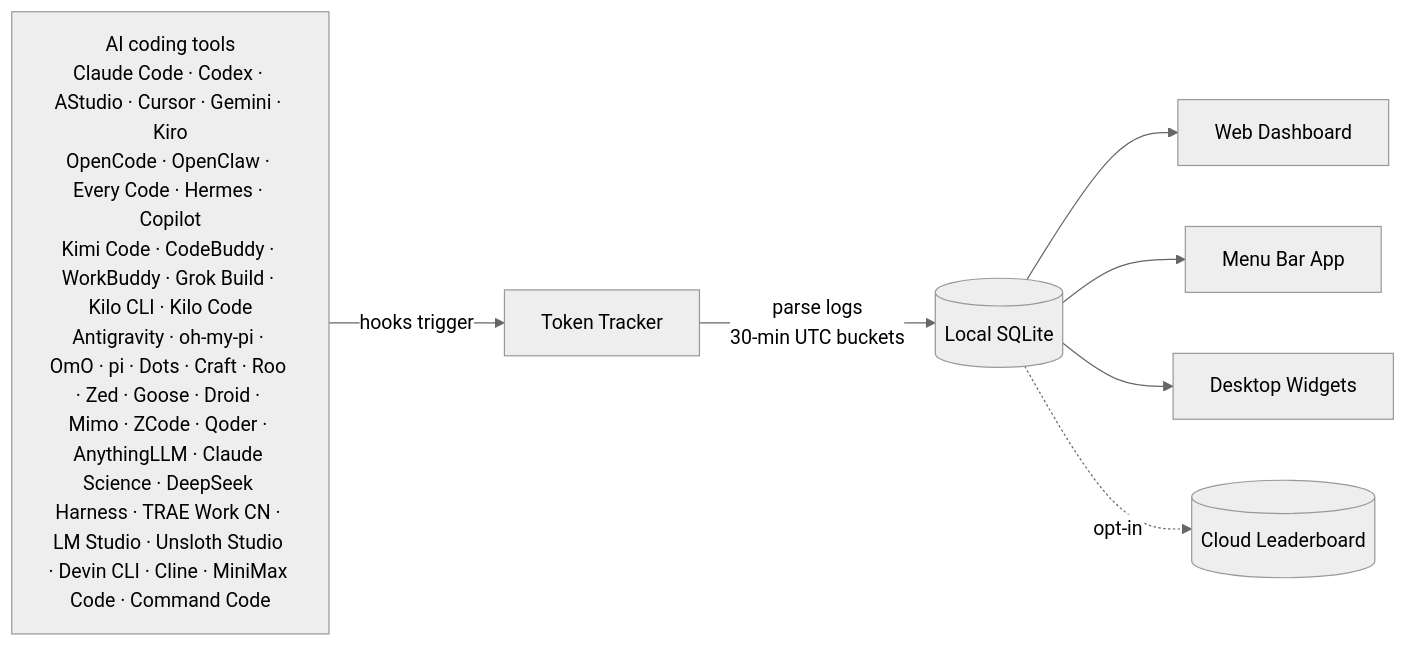
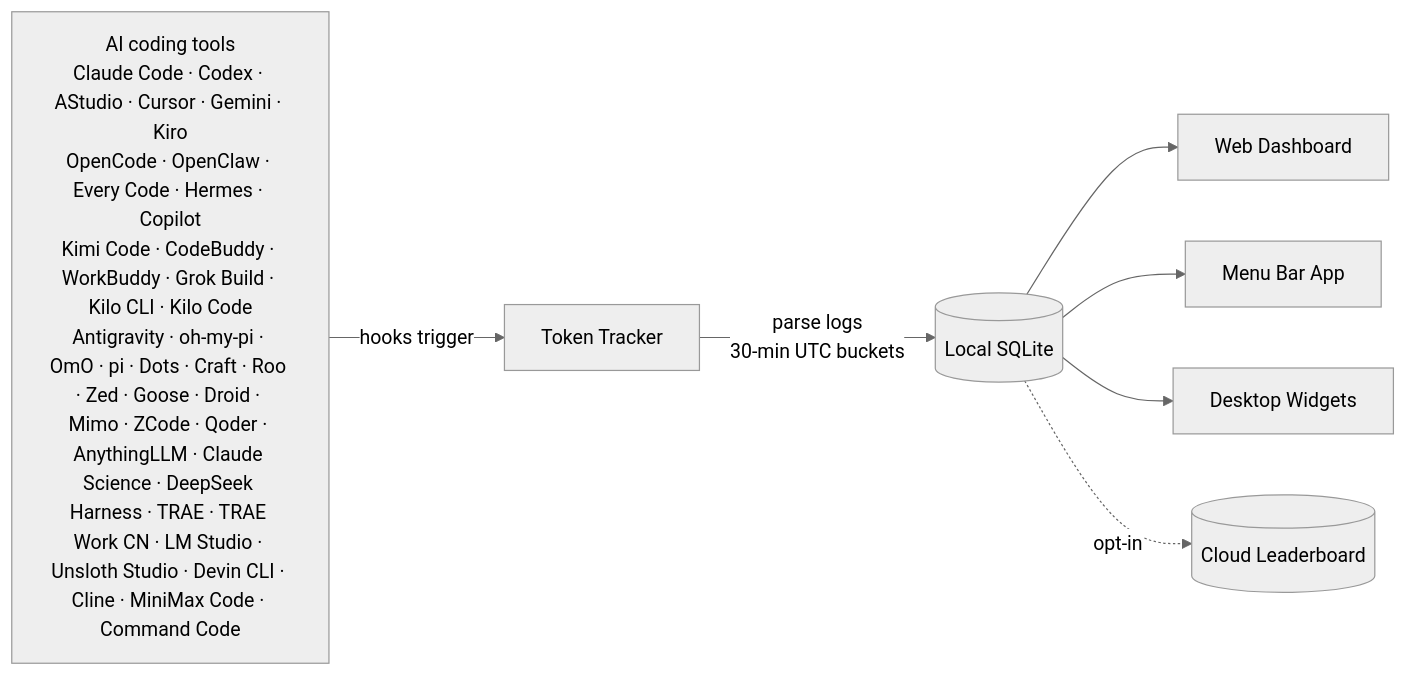
The diagram in README.md (Aclguh/TokenTracker), drawn with Mermaid (neutral theme) before and after one commit. The commit also changed other lines of this file and 50 other files, not shown here.

````diff
--- a/README.md
+++ b/README.md
@@ -319,10 +320,10 @@
 ```mermaid
 flowchart LR
-    A["AI coding tools<br/>Claude Code · Codex · AStudio · Cursor · Gemini · Kiro<br/>OpenCode · OpenClaw · Every Code · Hermes · Copilot<br/>Kimi Code · CodeBuddy · WorkBuddy · Grok Build · Kilo CLI · Kilo Code<br/>Antigravity · oh-my-pi · OmO · pi · Dots · Craft · Roo · Zed · Goose · Droid · Mimo · ZCode · Qoder · AnythingLLM · Claude Science · DeepSeek Harness · TRAE Work CN · LM Studio · Unsloth Studio · Devin CLI · Cline · MiniMax Code · Command Code"]
+    A["AI coding tools<br/>Claude Code · Codex · AStudio · Cursor · Gemini · Kiro<br/>OpenCode · OpenClaw · Every Code · Hermes · Copilot<br/>Kimi Code · CodeBuddy · WorkBuddy · Grok Build · Kilo CLI · Kilo Code<br/>Antigravity · oh-my-pi · OmO · pi · Dots · Craft · Roo · Zed · Goose · Droid · Mimo · ZCode · Qoder · AnythingLLM · Claude Science · DeepSeek Harness · TRAE · TRAE Work CN · LM Studio · Unsloth Studio · Devin CLI · Cline · MiniMax Code · Command Code"]
     A -->|hooks trigger| B[Token Tracker]
     B -->|parse logs<br/>30-min UTC buckets| C[(Local SQLite)]
     C --> D[Web Dashboard]
     C --> E[Menu Bar App]
     C --> F[Desktop Widgets]
     C -.->|opt-in| G[(Cloud Leaderboard)]
 ```
````
